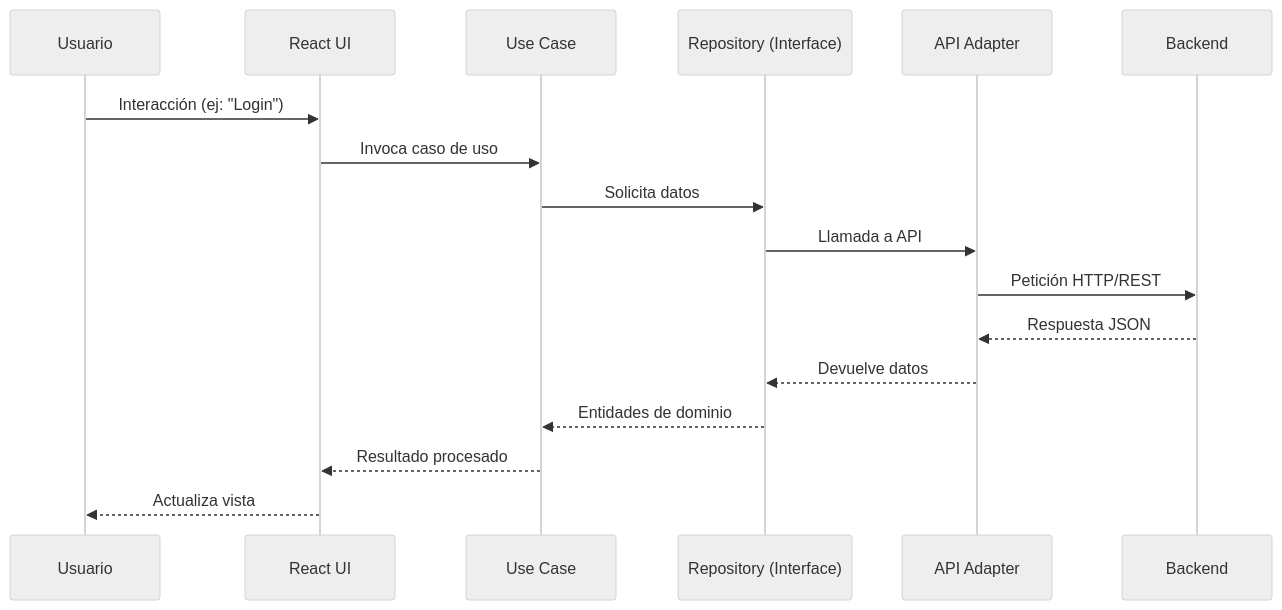
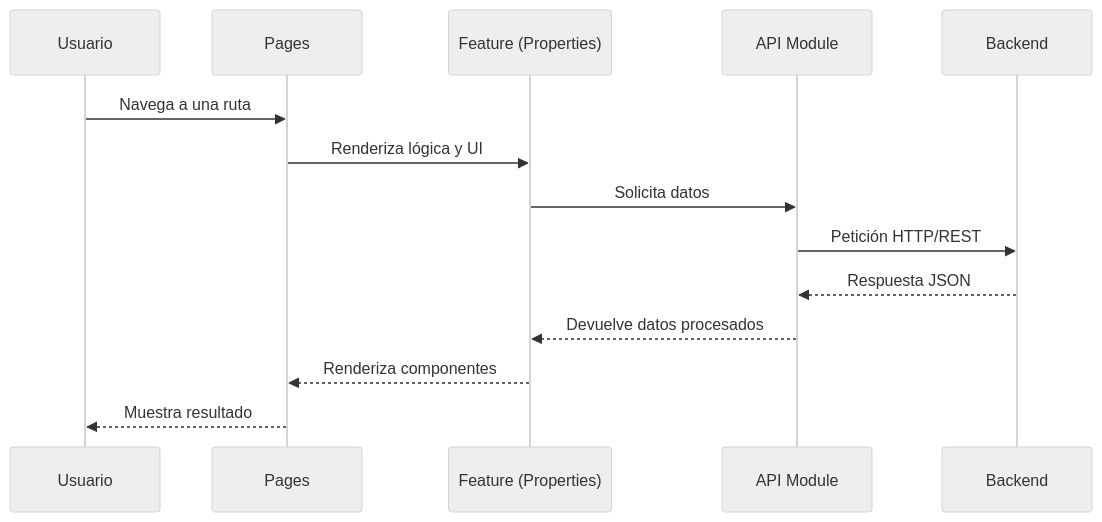
The third of 4 diagrams in README.md (imeshinnovation/million-frontend), drawn with Mermaid (neutral theme) before and after one commit. The commit also changed other lines of this file, not shown here.

````diff
--- a/README.md
+++ b/README.md
@@ -123,20 +118,17 @@
 ```mermaid
 sequenceDiagram
   participant User as Usuario
-  participant UI as React UI
-  participant UseCase as Use Case
-  participant Repo as Repository (Interface)
-  participant API as API Adapter
+  participant Page as Pages
+  participant Feature as Feature (Properties)
+  participant API as API Module
   participant Server as Backend
 
-  User->>UI: Interacción (ej: "Login")
-  UI->>UseCase: Invoca caso de uso
-  UseCase->>Repo: Solicita datos
-  Repo->>API: Llamada a API
+  User->>Page: Navega a una ruta
+  Page->>Feature: Renderiza lógica y UI
+  Feature->>API: Solicita datos
   API->>Server: Petición HTTP/REST
   Server-->>API: Respuesta JSON
-  API-->>Repo: Devuelve datos
-  Repo-->>UseCase: Entidades de dominio
-  UseCase-->>UI: Resultado procesado
-  UI-->>User: Actualiza vista
+  API-->>Feature: Devuelve datos procesados
+  Feature-->>Page: Renderiza componentes
+  Page-->>User: Muestra resultado
 ```
````
